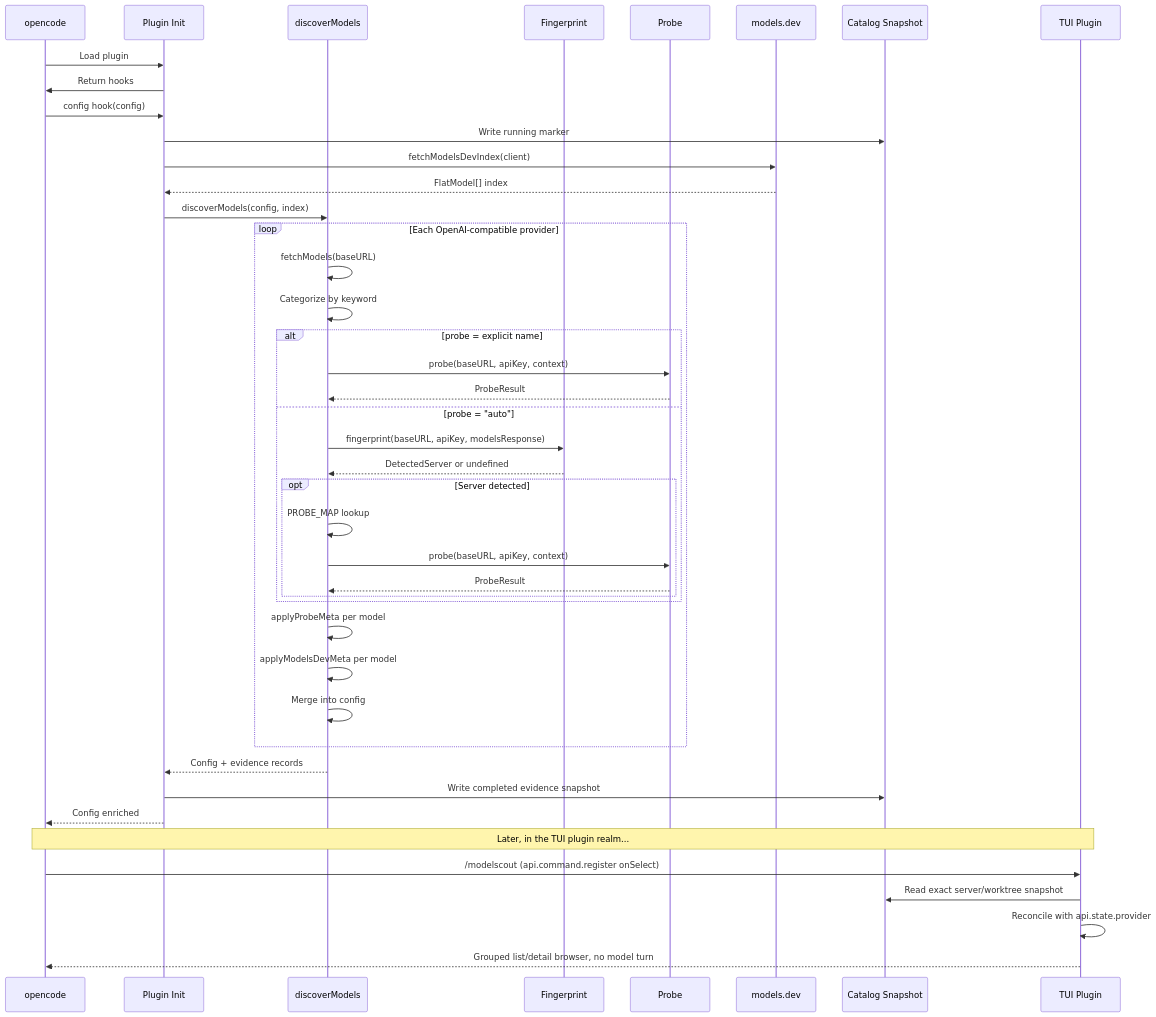
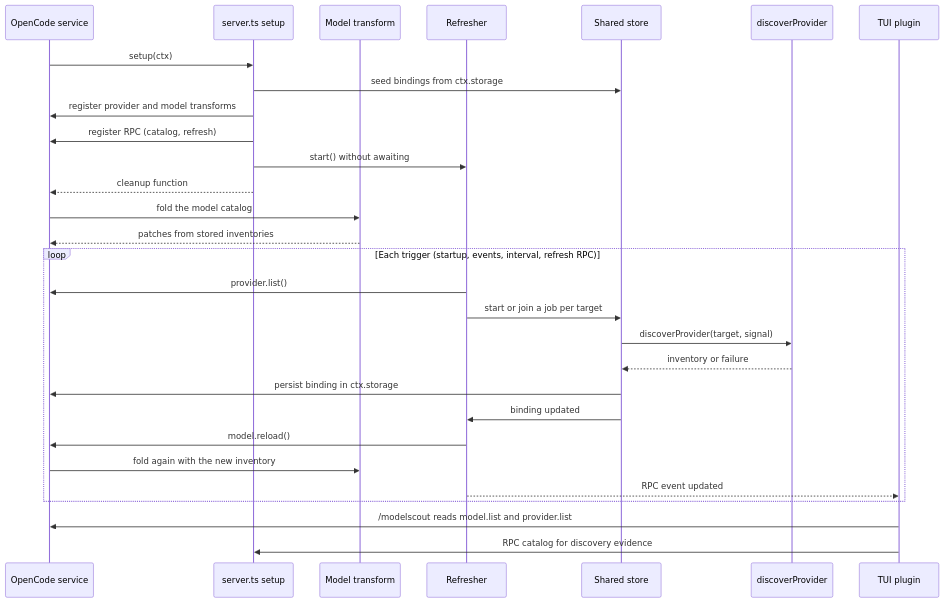
One commit to rmk40/opencode-model-scout changed the first of 4 diagrams in CONTRIBUTING.md. Above: the diagram before and after it, drawn with Mermaid. The commit also changed other lines of this file and 68 other files, not shown here.

First line of the commit message:
feat!: port the plugin to OpenCode 2

````diff
--- a/CONTRIBUTING.md
+++ b/CONTRIBUTING.md
@@ -38,49 +124,32 @@
 ```mermaid
 sequenceDiagram
-    participant OC as opencode
-    participant PI as Plugin Init
-    participant DM as discoverModels
-    participant FP as Fingerprint
-    participant PR as Probe
-    participant MD as models.dev
-    participant CS as Catalog Snapshot
-    participant TU as TUI Plugin
+    participant OC as OpenCode service
+    participant SV as server.ts setup
+    participant TR as Model transform
+    participant RF as Refresher
+    participant ST as Shared store
+    participant DP as discoverProvider
+    participant TU as TUI plugin
 
-    OC->>PI: Load plugin
-    PI->>OC: Return hooks
-    OC->>PI: config hook(config)
-    PI->>CS: Write running marker
-    PI->>MD: fetchModelsDevIndex(client)
-    MD-->>PI: FlatModel[] index
-    PI->>DM: discoverModels(config, index)
-
-    loop Each OpenAI-compatible provider
-        DM->>DM: fetchModels(baseURL)
-        DM->>DM: Categorize by keyword
-        alt probe = explicit name
-            DM->>PR: probe(baseURL, apiKey, context)
-            PR-->>DM: ProbeResult
-        else probe = "auto"
-            DM->>FP: fingerprint(baseURL, apiKey, modelsResponse)
-            FP-->>DM: DetectedServer or undefined
-            opt Server detected
-                DM->>DM: PROBE_MAP lookup
-                DM->>PR: probe(baseURL, apiKey, context)
-                PR-->>DM: ProbeResult
-            end
-        end
-        DM->>DM: applyProbeMeta per model
-        DM->>DM: applyModelsDevMeta per model
-        DM->>DM: Merge into config
+    OC->>SV: setup(ctx)
+    SV->>ST: seed bindings from ctx.storage
+    SV->>OC: register provider and model transforms
+    SV->>OC: register RPC (catalog, refresh)
+    SV->>RF: start() without awaiting
+    SV-->>OC: cleanup function
+    OC->>TR: fold the model catalog
+    TR-->>OC: patches from stored inventories
+    loop Each trigger (startup, events, interval, refresh RPC)
+        RF->>OC: provider.list()
+        RF->>ST: start or join a job per target
+        ST->>DP: discoverProvider(target, signal)
+        DP-->>ST: inventory or failure
+        ST->>OC: persist binding in ctx.storage
+        ST->>RF: binding updated
+        RF->>OC: model.reload()
+        OC->>TR: fold again with the new inventory
+        RF-->>TU: RPC event updated
     end
-
-    DM-->>PI: Config + evidence records
-    PI->>CS: Write completed evidence snapshot
-    PI-->>OC: Config enriched
-
-    Note over OC,TU: Later, in the TUI plugin realm...
-    OC->>TU: /modelscout (api.command.register onSelect)
-    TU->>CS: Read exact server/worktree snapshot
-    TU->>TU: Reconcile with api.state.provider
-    TU-->>OC: Grouped list/detail browser, no model turn
+    TU->>OC: /modelscout reads model.list and provider.list
+    TU->>SV: RPC catalog for discovery evidence
 ```
````
